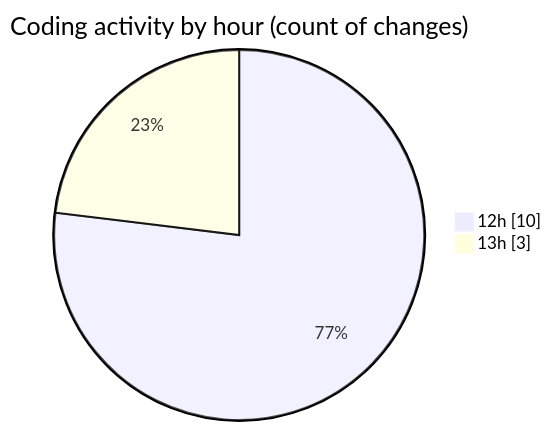
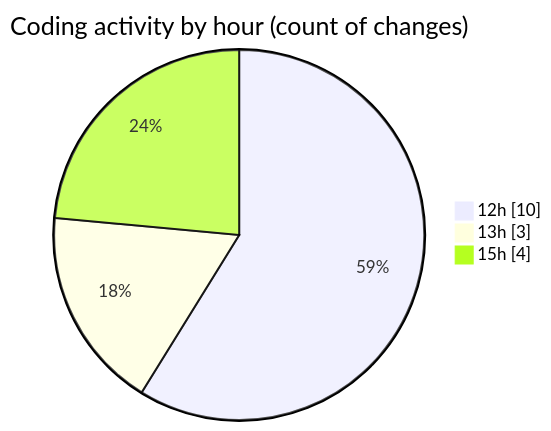
One commit to robertbonfada/code-tracking changed the second of 2 diagrams in 2025-03-04/simulador-serial/README.md. Above: the diagram before and after it, drawn with Mermaid. The commit also changed other lines of this file and 1 other file, not shown here.

````diff
--- a/2025-03-04/simulador-serial/README.md
+++ b/2025-03-04/simulador-serial/README.md
@@ -32,6 +35,7 @@
 ```mermaid
 pie showData
 title Coding activity by hour (count of changes)
 "12h" : 10
 "13h" : 3
+"15h" : 4
 ```
````
